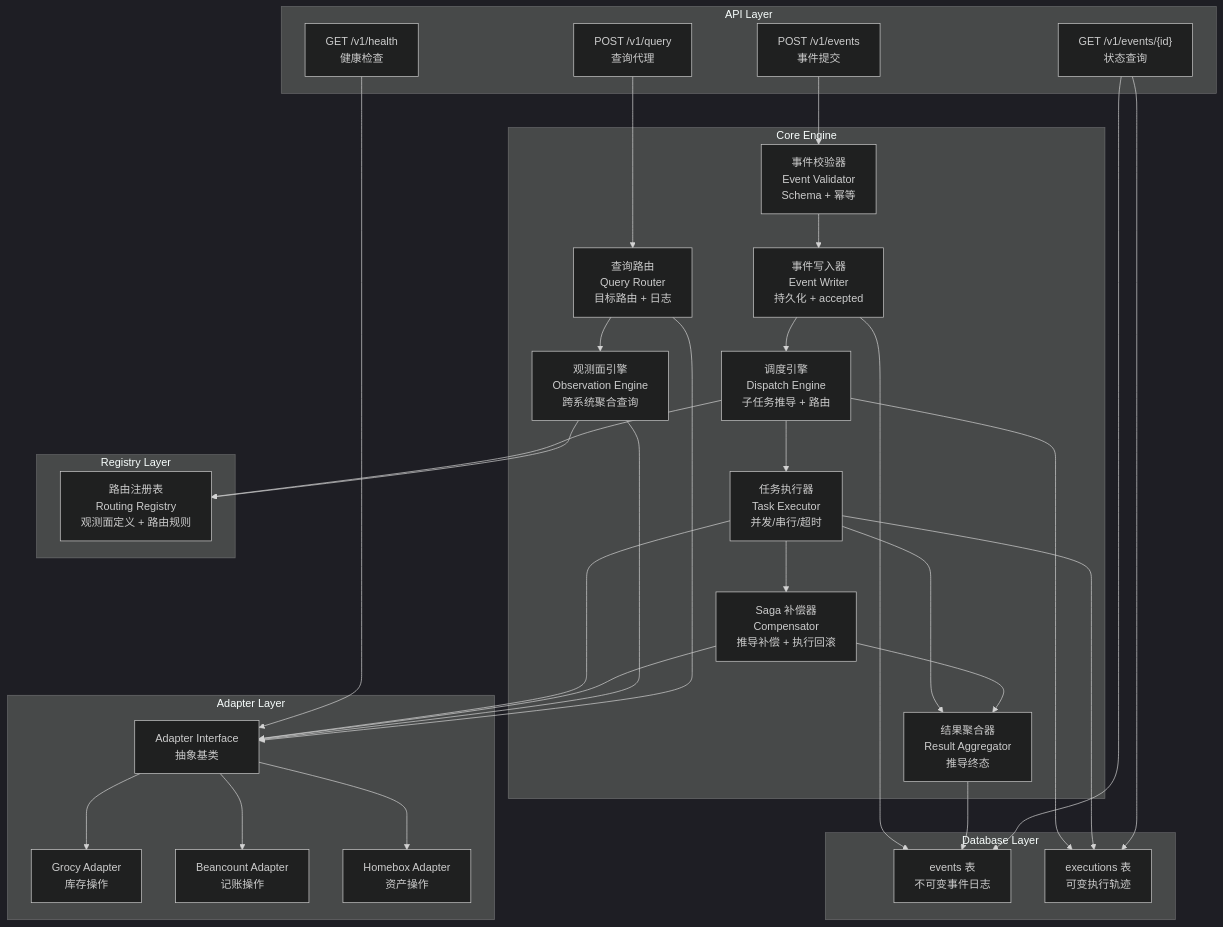
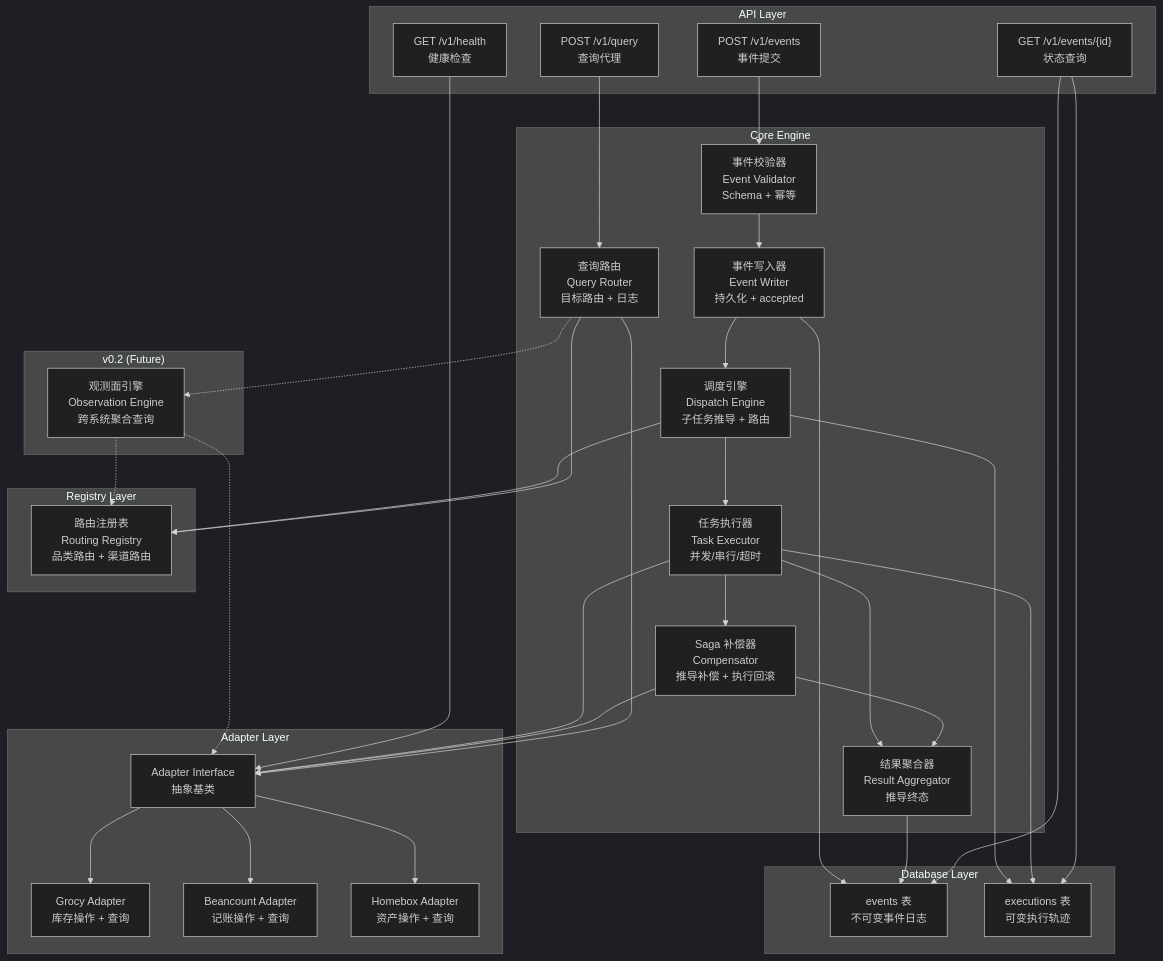
The first of 3 diagrams in doc/c4/component-core.md (vicat47/vicat-home-bus), drawn with Mermaid (dark theme) before and after one commit. The commit also changed other lines of this file and 6 other files, not shown here.

First line of the commit message:
docs: re-scope observation & routing registry, update roadmap

````diff
--- a/doc/c4/component-core.md
+++ b/doc/c4/component-core.md
@@ -20,73 +21,79 @@
 ```mermaid
 graph TB
     subgraph A["API Layer"]
         POST_EVT["POST /v1/events<br/>事件提交"]
         GET_EVT["GET /v1/events/{id}<br/>状态查询"]
         POST_QRY["POST /v1/query<br/>查询代理"]
         GET_HLTH["GET /v1/health<br/>健康检查"]
     end
 
     subgraph B["Core Engine"]
         VAL["事件校验器<br/>Event Validator<br/>Schema + 幂等"]
         WRI["事件写入器<br/>Event Writer<br/>持久化 + accepted"]
         DIS["调度引擎<br/>Dispatch Engine<br/>子任务推导 + 路由"]
         EXE["任务执行器<br/>Task Executor<br/>并发/串行/超时"]
         SAGA["Saga 补偿器<br/>Compensator<br/>推导补偿 + 执行回滚"]
         AGG["结果聚合器<br/>Result Aggregator<br/>推导终态"]
         QRY["查询路由<br/>Query Router<br/>目标路由 + 日志"]
-        OBS["观测面引擎<br/>Observation Engine<br/>跨系统聚合查询"]
     end
 
     subgraph C["Registry Layer"]
-        REG["路由注册表<br/>Routing Registry<br/>观测面定义 + 路由规则"]
+        REG["路由注册表<br/>Routing Registry<br/>品类路由 + 渠道路由"]
     end
 
     subgraph D["Adapter Layer"]
         IFACE["Adapter Interface<br/>抽象基类"]
-        GRO["Grocy Adapter<br/>库存操作"]
-        BEA["Beancount Adapter<br/>记账操作"]
-        HOM["Homebox Adapter<br/>资产操作"]
+        GRO["Grocy Adapter<br/>库存操作 + 查询"]
+        BEA["Beancount Adapter<br/>记账操作 + 查询"]
+        HOM["Homebox Adapter<br/>资产操作 + 查询"]
     end
 
     subgraph E["Database Layer"]
         EVT_DB["events 表<br/>不可变事件日志"]
         EXEC_DB["executions 表<br/>可变执行轨迹"]
+    end
+
+    subgraph F["v0.2 (Future)"]
+        OBS["观测面引擎<br/>Observation Engine<br/>跨系统聚合查询"]
     end
 
     %% 写路径
     POST_EVT --> VAL
     VAL --> WRI
     WRI --> DIS
     DIS --> REG
     DIS --> EXE
     EXE --> SAGA
     EXE --> AGG
     SAGA --> AGG
 
     %% Adapter 调用
     EXE --> IFACE
     SAGA --> IFACE
     IFACE --> GRO
     IFACE --> BEA
     IFACE --> HOM
 
     %% 数据库
     WRI --> EVT_DB
     DIS --> EXEC_DB
     EXE --> EXEC_DB
     AGG --> EVT_DB
 
-    %% 查询路径
+    %% 查询路径（现有）
     POST_QRY --> QRY
-    QRY --> OBS
-    OBS --> REG
-    OBS --> IFACE
+    QRY --> REG
     QRY --> IFACE
+
+    %% 查询路径（v0.2）
+    QRY -.-> OBS
+    OBS -.-> REG
+    OBS -.-> IFACE
 
     %% 健康检查
     GET_HLTH --> IFACE
 
     %% 读数据库
     GET_EVT --> EVT_DB
     GET_EVT --> EXEC_DB
 ```
````
